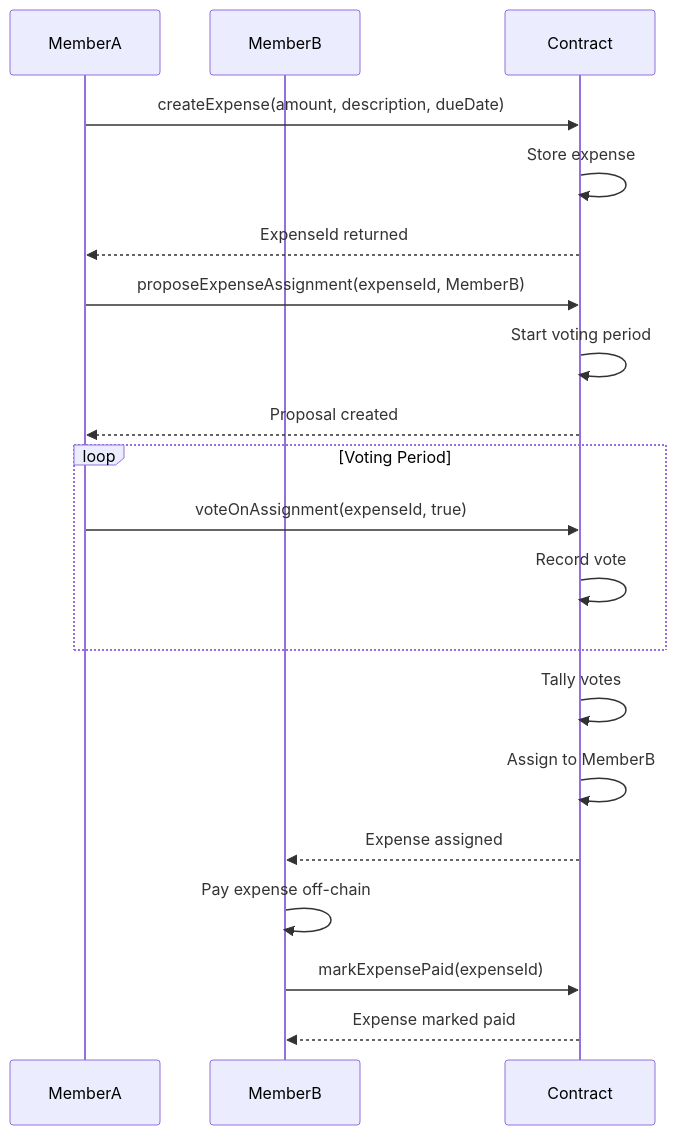
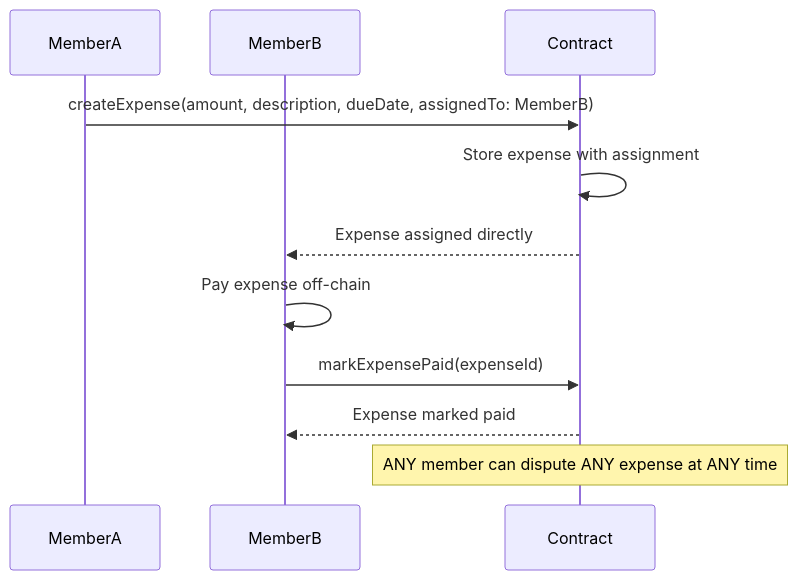
The fifth of 8 diagrams in technical-spec.md (communetxyz/commune-os), drawn with Mermaid before and after one commit. The commit also changed other lines of this file, not shown here.

First line of the commit message:
refactor: remove voting requirement for expense assignment

````diff
--- a/technical-spec.md
+++ b/technical-spec.md
@@ -315,27 +312,16 @@
 ```mermaid
 sequenceDiagram
     participant MemberA
     participant MemberB
     participant Contract
-    
-    MemberA->>Contract: createExpense(amount, description, dueDate)
-    Contract->>Contract: Store expense
-    Contract-->>MemberA: ExpenseId returned
-    
-    MemberA->>Contract: proposeExpenseAssignment(expenseId, MemberB)
-    Contract->>Contract: Start voting period
-    Contract-->>MemberA: Proposal created
-    
-    loop Voting Period
-        MemberA->>Contract: voteOnAssignment(expenseId, true)
-        Contract->>Contract: Record vote
-    end
-    
-    Contract->>Contract: Tally votes
-    Contract->>Contract: Assign to MemberB
-    Contract-->>MemberB: Expense assigned
-    
+
+    MemberA->>Contract: createExpense(amount, description, dueDate, assignedTo: MemberB)
+    Contract->>Contract: Store expense with assignment
+    Contract-->>MemberB: Expense assigned directly
+
     MemberB->>MemberB: Pay expense off-chain
     MemberB->>Contract: markExpensePaid(expenseId)
     Contract-->>MemberB: Expense marked paid
+
+    Note over Contract: ANY member can dispute ANY expense at ANY time
 ```
````
